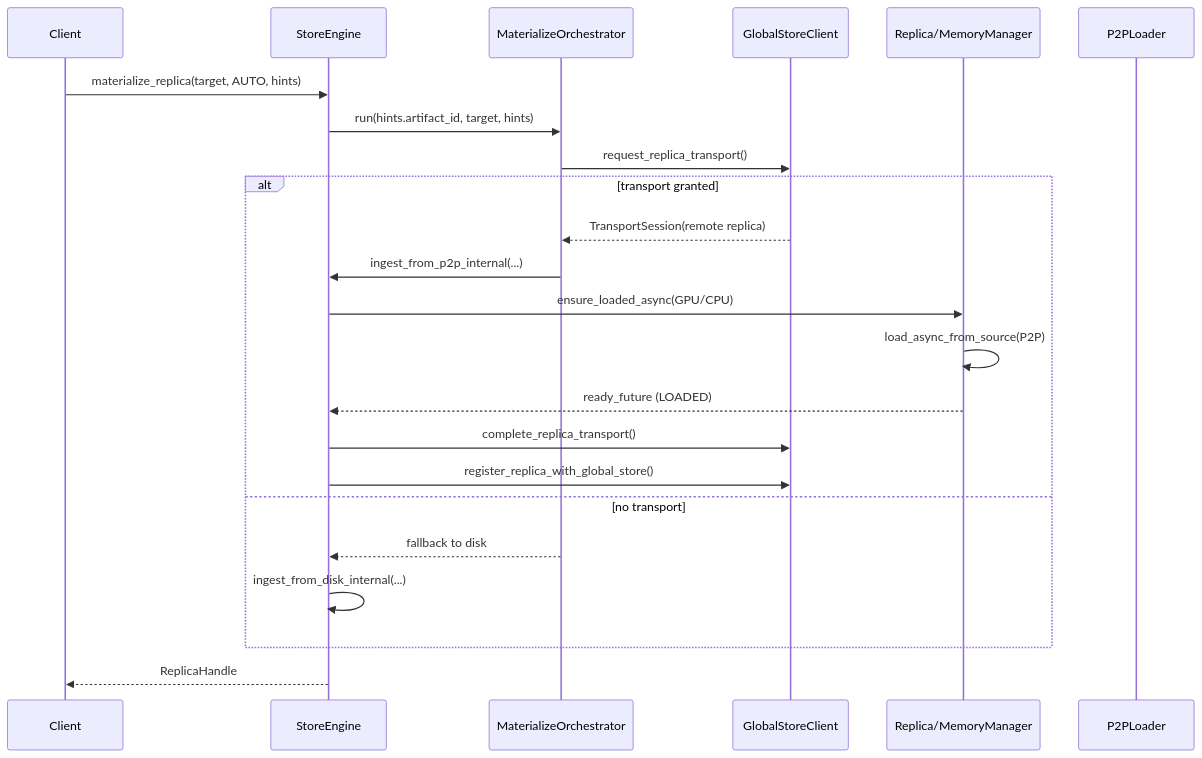
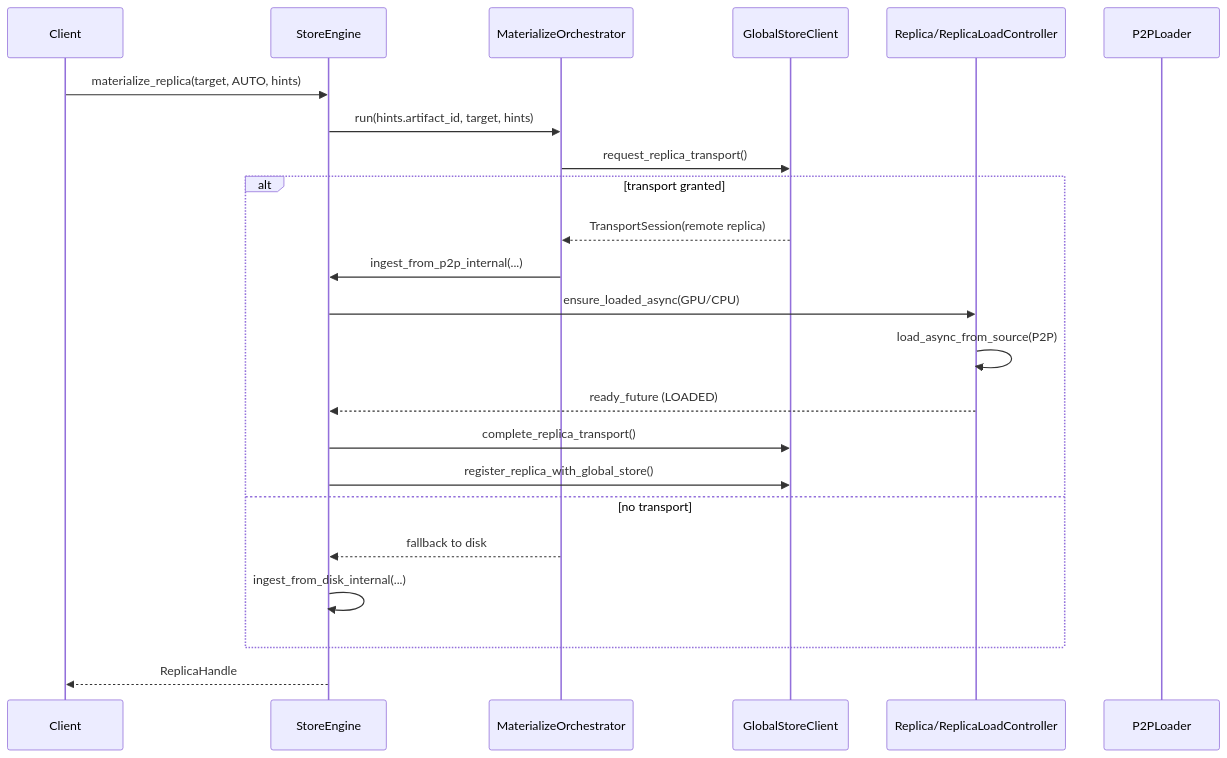
Before and after one commit to tensorcast-ai/tensorcast: the second of 6 diagrams in core/store/README.md, drawn with Mermaid. The commit also changed other lines of this file and 155 other files, not shown here.

````diff
--- a/core/store/README.md
+++ b/core/store/README.md
@@ -122,26 +132,26 @@
 ```mermaid
 sequenceDiagram
   participant Client
   participant SE as StoreEngine
   participant MO as MaterializeOrchestrator
   participant GS as GlobalStoreClient
-  participant REP as Replica/MemoryManager
+  participant REP as Replica/ReplicaLoadController
   participant P2L as P2PLoader
 
   Client->>SE: materialize_replica(target, AUTO, hints)
   SE->>MO: run(hints.artifact_id, target, hints)
   MO->>GS: request_replica_transport()
   alt transport granted
     GS-->>MO: TransportSession(remote replica)
     MO->>SE: ingest_from_p2p_internal(...)
     SE->>REP: ensure_loaded_async(GPU/CPU)
     REP->>REP: load_async_from_source(P2P)
     REP-->>SE: ready_future (LOADED)
     SE->>GS: complete_replica_transport()
     SE->>GS: register_replica_with_global_store()
   else no transport
     MO-->>SE: fallback to disk
     SE->>SE: ingest_from_disk_internal(...)
   end
   SE-->>Client: ReplicaHandle
 ```
````
